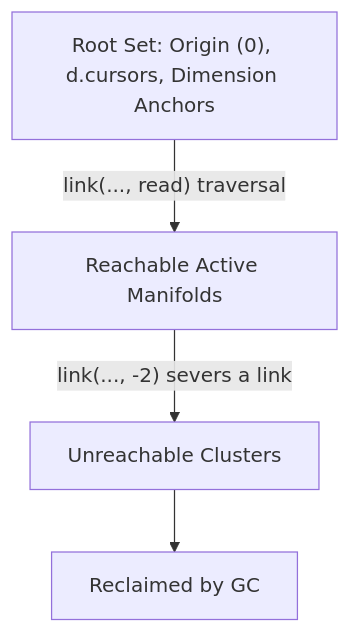
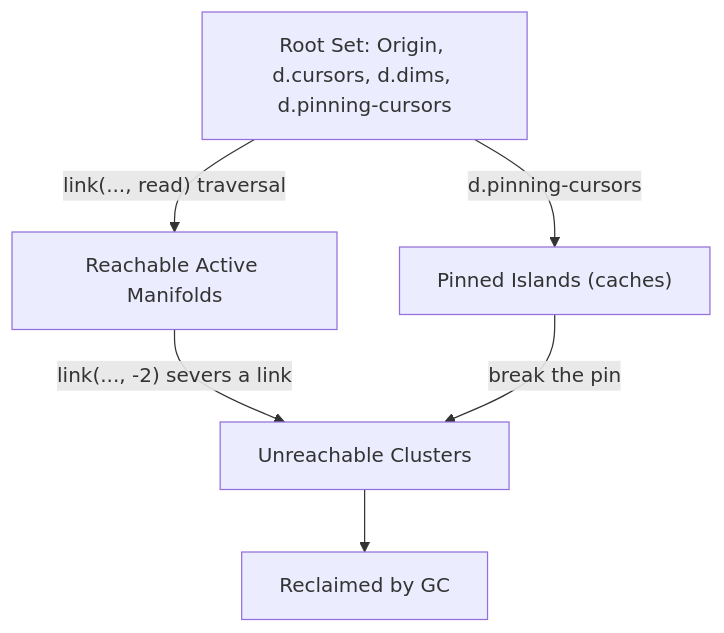
The diagram in design/vql-query-language.md (ccs4ever/gleditor), drawn with Mermaid before and after one commit. The commit also changed other lines of this file and 2 other files, not shown here.

First line of the commit message:
docs(design): pins get their own Root Set rank, d.pinning-cursors, named per cache

````diff
--- a/design/vql-query-language.md
+++ b/design/vql-query-language.md
@@ -398,11 +400,14 @@
 ```mermaid
 graph TD
-    Root["Root Set: Origin (0), d.cursors, Dimension Anchors"]
+    Root["Root Set: Origin, d.cursors, d.dims, d.pinning-cursors"]
     Reach["Reachable Active Manifolds"]
+    Pinned["Pinned Islands (caches)"]
     Unreach["Unreachable Clusters"]
     GC["Reclaimed by GC"]
 
     Root -->|"link(..., read)" traversal| Reach
+    Root -->|"d.pinning-cursors"| Pinned
     Reach -->|"link(..., -2) severs a link"| Unreach
+    Pinned -->|"break the pin"| Unreach
     Unreach --> GC
 ```
````
